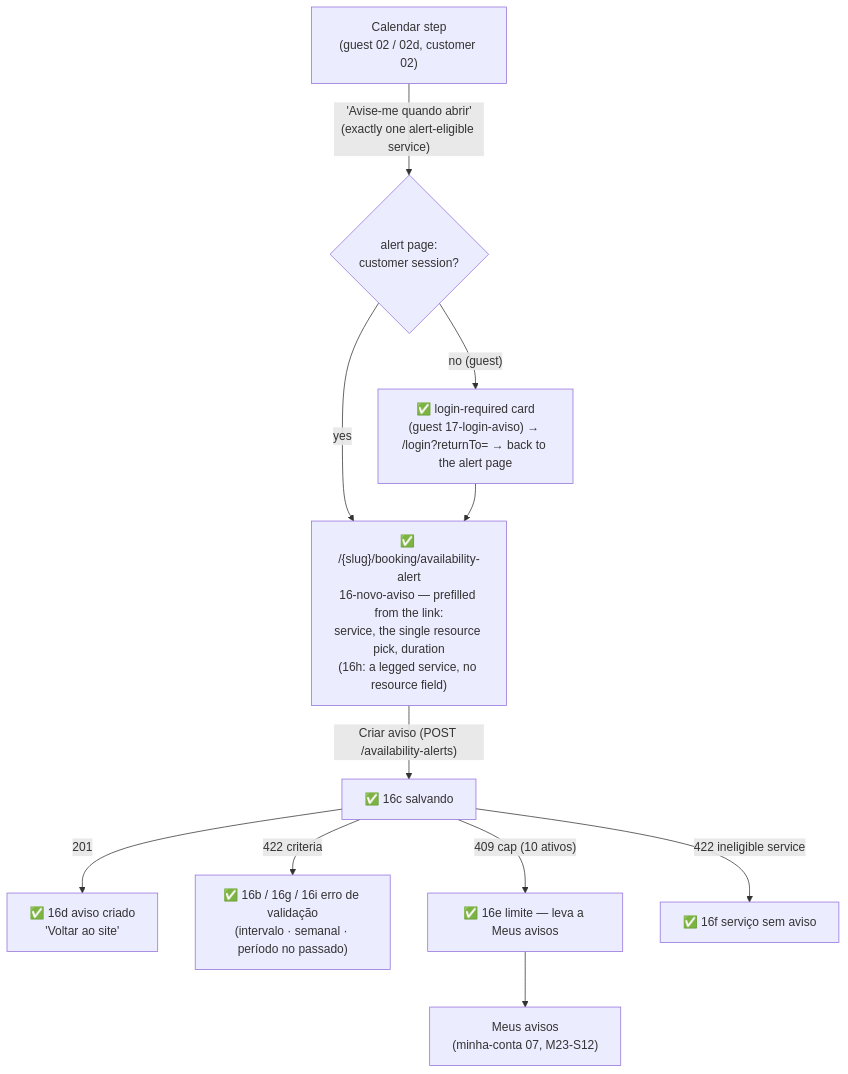
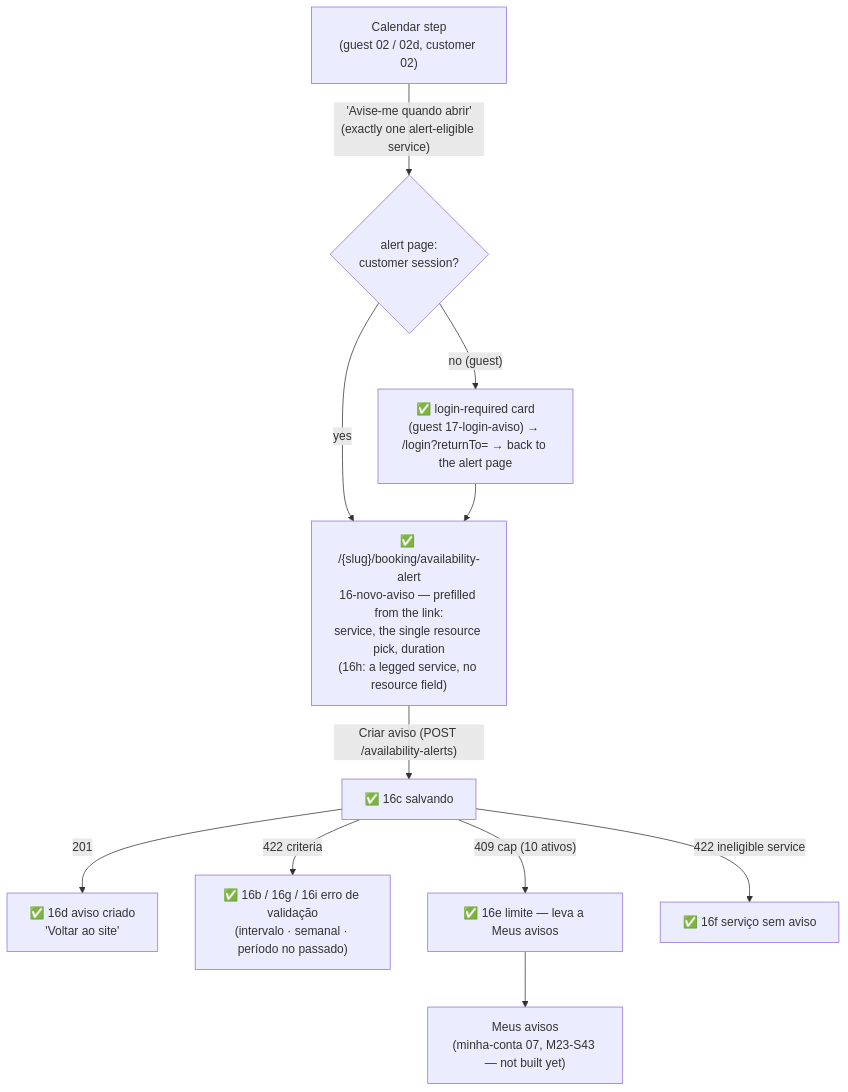
One commit to lmmoreira/ikaro changed the second of 2 diagrams in plan/journey/customer/book-a-service.md. Above: the diagram before and after it, drawn with Mermaid. The commit also changed 38 other files, not shown here.

````diff
--- a/plan/journey/customer/book-a-service.md
+++ b/plan/journey/customer/book-a-service.md
@@ -74,15 +74,15 @@
 ```mermaid
 flowchart TD
     classDef gap stroke:#f00,stroke-dasharray: 5 5,fill:#fee
 
     Cal["Calendar step<br/>(guest 02 / 02d, customer 02)"] -->|"'Avise-me quando abrir'<br/>(exactly one alert-eligible service)"| Page{"alert page:<br/>customer session?"}
     Page -->|"no (guest)"| Gate["✅ login-required card<br/>(guest 17-login-aviso) → /login?returnTo=<alert URL> → back to the alert page"]
     Page -->|"yes"| Form
     Gate --> Form["✅ /{slug}/booking/availability-alert<br/>16-novo-aviso — prefilled from the link:<br/>service, the single resource pick, duration<br/>(16h: a legged service, no resource field)"]
     Form -->|"Criar aviso (POST /availability-alerts)"| Saving["✅ 16c salvando"]
     Saving -->|"201"| Done["✅ 16d aviso criado<br/>'Voltar ao site'"]
     Saving -->|"422 criteria"| Err["✅ 16b / 16g / 16i erro de validação<br/>(intervalo · semanal · período no passado)"]
     Saving -->|"409 cap (10 ativos)"| Cap["✅ 16e limite — leva a Meus avisos"]
     Saving -->|"422 ineligible service"| Inel["✅ 16f serviço sem aviso"]
-    Cap --> Lista["Meus avisos<br/>(minha-conta 07, M23-S12)"]
+    Cap --> Lista["Meus avisos<br/>(minha-conta 07, M23-S43 — not built yet)"]
 ```
````
